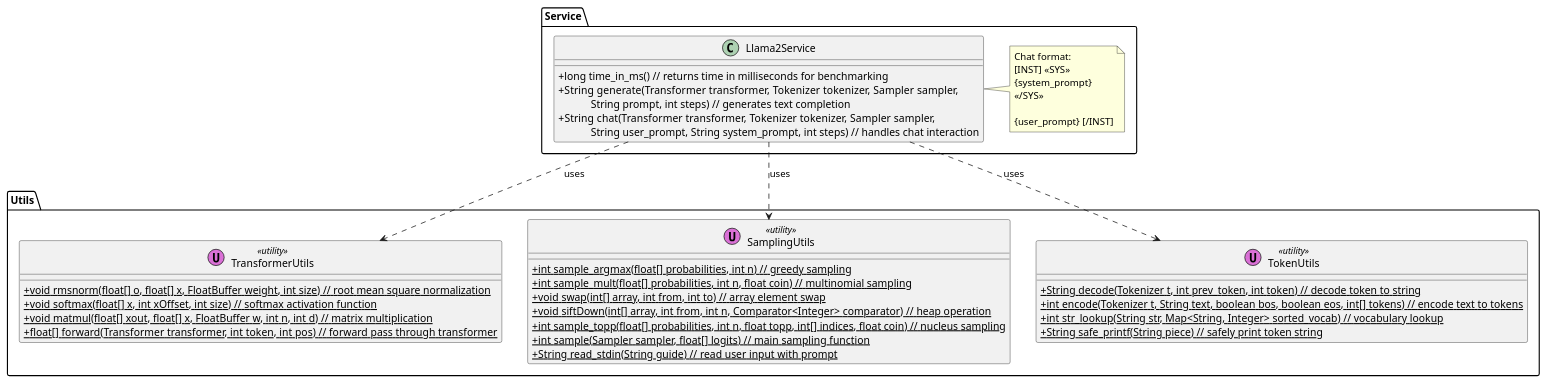
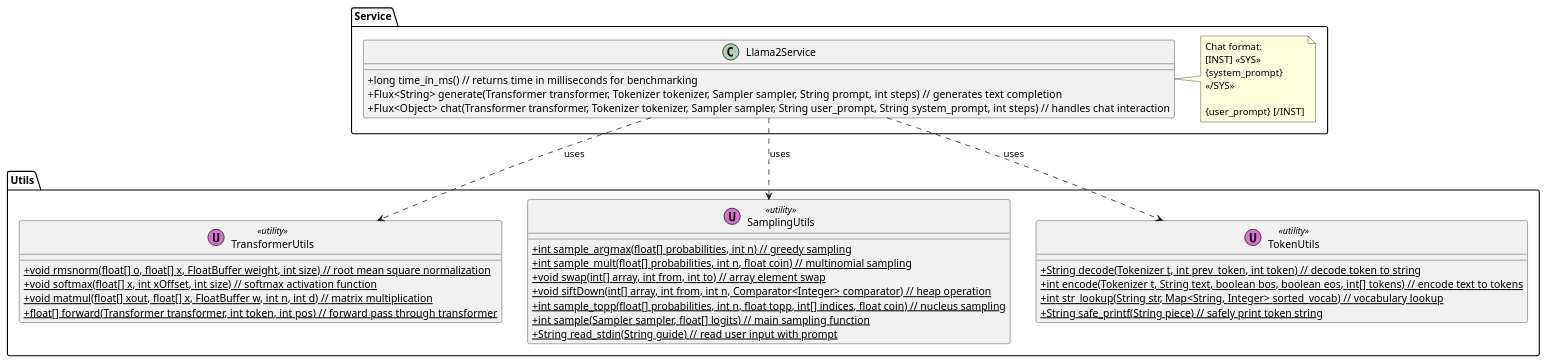
Before and after one commit to seehiong/micronaut-llama2: the second of 2 diagrams in README.md, drawn with PlantUML. The commit also changed other lines of this file and 3 other files, not shown here.

````diff
--- a/README.md
+++ b/README.md
@@ -194,53 +194,53 @@
 ```plantuml
 @startuml
 skinparam classAttributeIconSize 0
 
 package "Service" {
   class Llama2Service {
     + long time_in_ms() // returns time in milliseconds for benchmarking
-    + String generate(Transformer transformer, Tokenizer tokenizer, Sampler sampler,\n            String prompt, int steps) // generates text completion
-    + String chat(Transformer transformer, Tokenizer tokenizer, Sampler sampler,\n            String user_prompt, String system_prompt, int steps) // handles chat interaction
+    + Flux<String> generate(Transformer transformer, Tokenizer tokenizer, Sampler sampler, String prompt, int steps) // generates text completion
+    + Flux<Object> chat(Transformer transformer, Tokenizer tokenizer, Sampler sampler, String user_prompt, String system_prompt, int steps) // handles chat interaction
   }
 
   note right of Llama2Service
     Chat format:
     [INST] <<SYS>>
     {system_prompt}
     <</SYS>>
     
     {user_prompt} [/INST]
   end note
 }
 
 package "Utils" {
   class TransformerUtils << (U,orchid) utility >> {
     {static} + void rmsnorm(float[] o, float[] x, FloatBuffer weight, int size) // root mean square normalization
     {static} + void softmax(float[] x, int xOffset, int size) // softmax activation function
     {static} + void matmul(float[] xout, float[] x, FloatBuffer w, int n, int d) // matrix multiplication
     {static} + float[] forward(Transformer transformer, int token, int pos) // forward pass through transformer
   }
 
   class SamplingUtils << (U,orchid) utility >> {
     {static} + int sample_argmax(float[] probabilities, int n) // greedy sampling
     {static} + int sample_mult(float[] probabilities, int n, float coin) // multinomial sampling
     {static} + void swap(int[] array, int from, int to) // array element swap
     {static} + void siftDown(int[] array, int from, int n, Comparator<Integer> comparator) // heap operation
     {static} + int sample_topp(float[] probabilities, int n, float topp, int[] indices, float coin) // nucleus sampling
     {static} + int sample(Sampler sampler, float[] logits) // main sampling function
     {static} + String read_stdin(String guide) // read user input with prompt
   }
 
   class TokenUtils << (U,orchid) utility >> {
     {static} + String decode(Tokenizer t, int prev_token, int token) // decode token to string
     {static} + int encode(Tokenizer t, String text, boolean bos, boolean eos, int[] tokens) // encode text to tokens
     {static} + int str_lookup(String str, Map<String, Integer> sorted_vocab) // vocabulary lookup
     {static} + String safe_printf(String piece) // safely print token string
   }
 }
 
 Llama2Service ..> TransformerUtils : uses
 Llama2Service ..> SamplingUtils : uses
 Llama2Service ..> TokenUtils : uses
 
 @enduml
 ```
````
